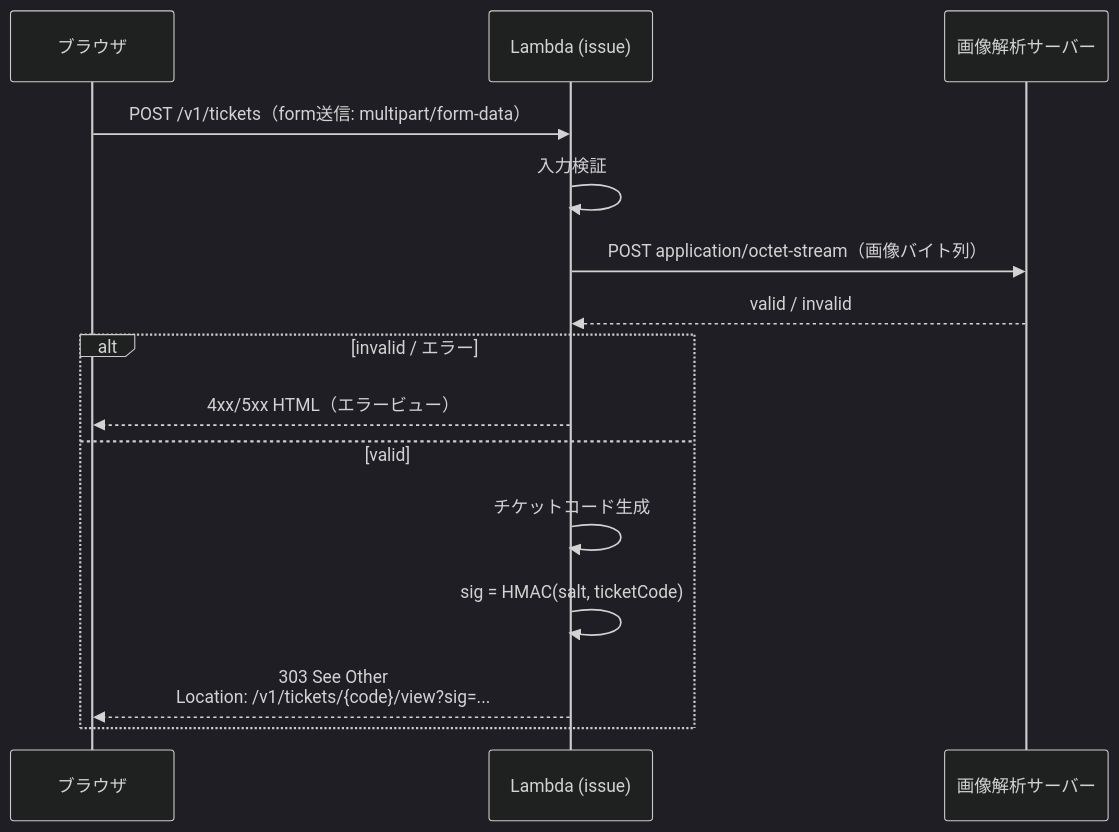
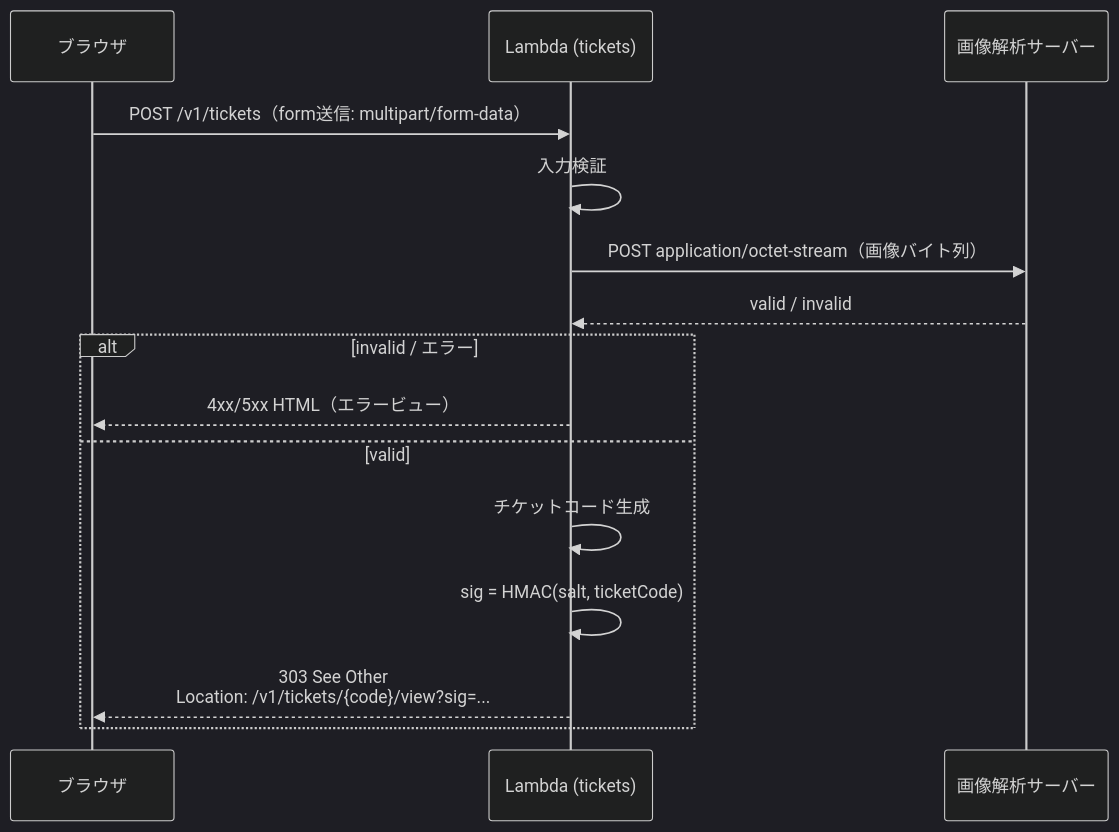
The third of 5 diagrams in docs/st/DESIGN.md (rxsxkxd/pk), drawn with Mermaid (dark theme) before and after one commit. The commit also changed other lines of this file and 14 other files, not shown here.

````diff
--- a/docs/st/DESIGN.md
+++ b/docs/st/DESIGN.md
@@ -100,18 +100,18 @@
 ```mermaid
 sequenceDiagram
   participant B as ブラウザ
-  participant L as Lambda (issue)
+  participant L as Lambda (tickets)
   participant IA as 画像解析サーバー
 
   B->>L: POST /v1/tickets（form送信: multipart/form-data）
   L->>L: 入力検証
   L->>IA: POST application/octet-stream（画像バイト列）
   IA-->>L: valid / invalid
   alt invalid / エラー
     L-->>B: 4xx/5xx HTML（エラービュー）
   else valid
     L->>L: チケットコード生成
     L->>L: sig = HMAC(salt, ticketCode)
     L-->>B: 303 See Other<br/>Location: /v1/tickets/{code}/view?sig=...
   end
 ```
````
